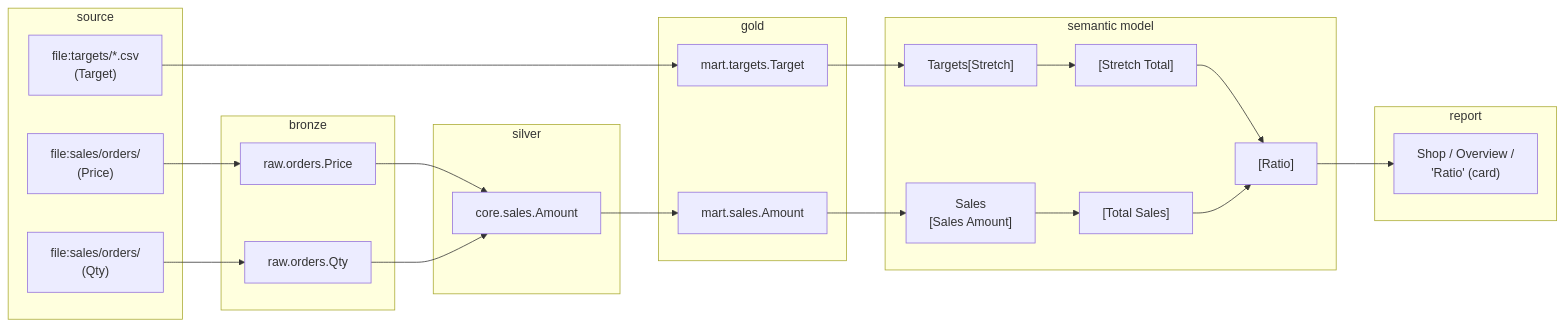
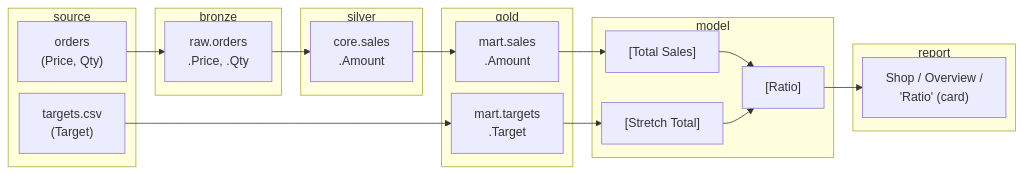
The diagram in README.md (akabyte-labs/data-platform-toolkit), drawn with Mermaid before and after one commit. The commit also changed other lines of this file, not shown here.

Commit message:
Make README links absolute and compact the lineage diagram

````diff
--- a/README.md
+++ b/README.md
@@ -15,42 +15,29 @@
 ```mermaid
+%%{init: {"flowchart": {"rankSpacing": 25, "nodeSpacing": 15}}}%%
 flowchart LR
   subgraph L0["source"]
-    n0["file:sales/orders/<br/>(Price)"]
-    n1["file:sales/orders/<br/>(Qty)"]
-    n2["file:targets/*.csv<br/>(Target)"]
+    n0["orders<br/>(Price, Qty)"]
+    n2["targets.csv<br/>(Target)"]
   end
   subgraph L1["bronze"]
-    n3["raw.orders.Price"]
-    n4["raw.orders.Qty"]
+    n3["raw.orders<br/>.Price, .Qty"]
   end
   subgraph L2["silver"]
-    n5["core.sales.Amount"]
+    n5["core.sales<br/>.Amount"]
   end
   subgraph L3["gold"]
-    n6["mart.sales.Amount"]
-    n7["mart.targets.Target"]
+    n6["mart.sales<br/>.Amount"]
+    n7["mart.targets<br/>.Target"]
   end
-  subgraph L4["semantic model"]
+  subgraph L4["model"]
+    n10["[Total Sales]"]
+    n9["[Stretch Total]"]
     n8["[Ratio]"]
-    n9["[Stretch Total]"]
-    n10["[Total Sales]"]
-    n11["Sales<br/>[Sales Amount]"]
-    n12["Targets[Stretch]"]
   end
   subgraph L5["report"]
     n13["Shop / Overview /<br/>'Ratio' (card)"]
   end
-  n0 --> n3
-  n1 --> n4
-  n2 --> n7
-  n3 --> n5
-  n4 --> n5
-  n5 --> n6
-  n6 --> n11
-  n7 --> n12
+  n0 --> n3 --> n5 --> n6 --> n10 --> n8
+  n2 --> n7 --> n9 --> n8
   n8 --> n13
-  n9 --> n8
-  n10 --> n8
-  n11 --> n10
-  n12 --> n9
 ```
````
